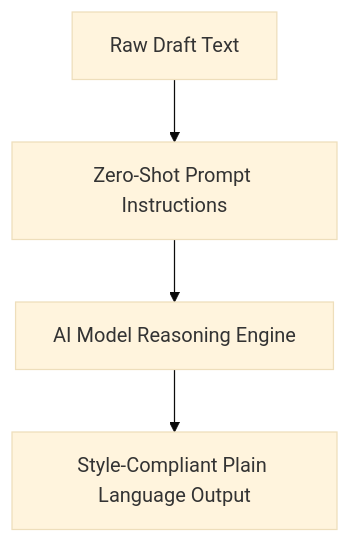
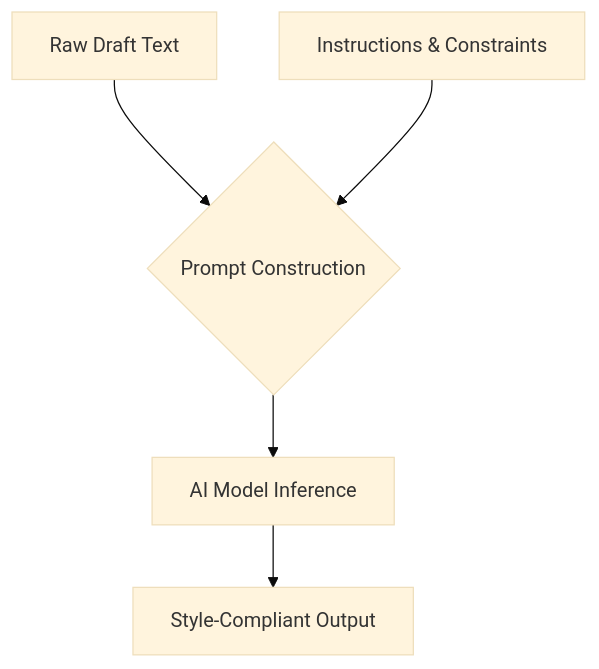
One commit to vaishvanara/techwritingkb changed the diagram in docs/industry-terms/zero-shot-prompting.md. Above: the diagram before and after it, drawn with Mermaid (base theme). The commit also changed other lines of this file and 51 other files, not shown here.

````diff
--- a/docs/industry-terms/zero-shot-prompting.md
+++ b/docs/industry-terms/zero-shot-prompting.md
@@ -45,6 +45,7 @@
 ```mermaid
 flowchart TD
-    A[Raw Draft Text] --> B[Zero-Shot Prompt Instructions]
-    B --> C[AI Model Reasoning Engine]
-    C --> D[Style-Compliant Plain Language Output]
+    A[Raw Draft Text] --> C{Prompt Construction}
+    B[Instructions & Constraints] --> C
+    C --> D[AI Model Inference]
+    D --> E[Style-Compliant Output]
 ```
````
